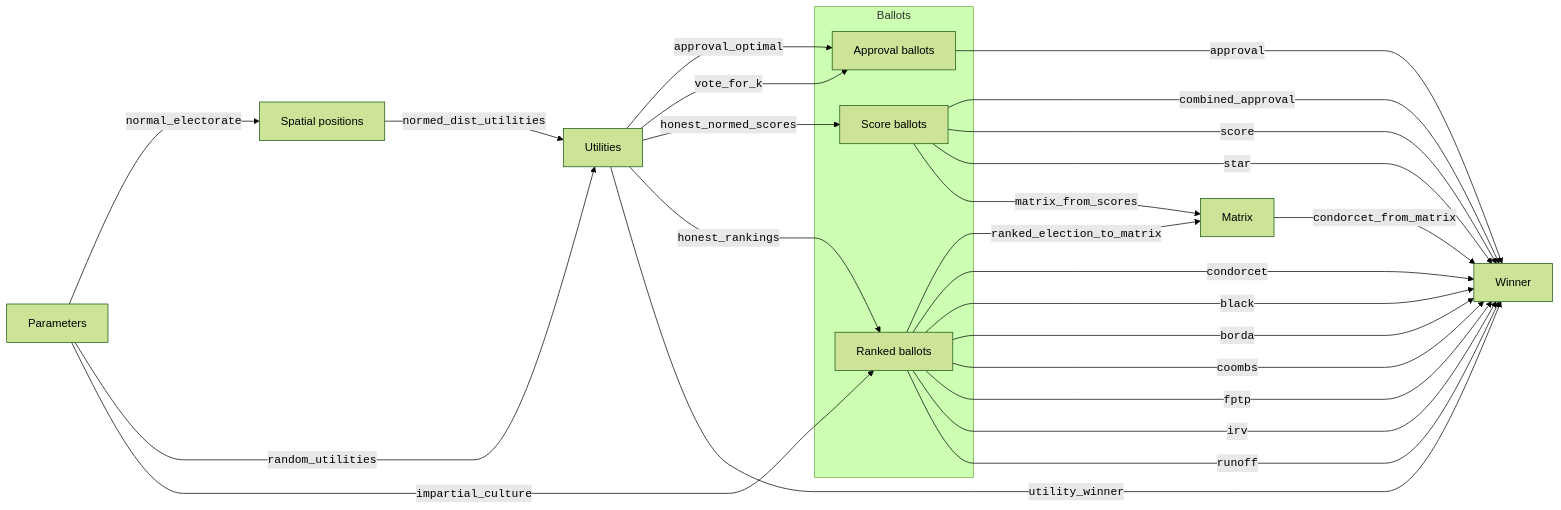
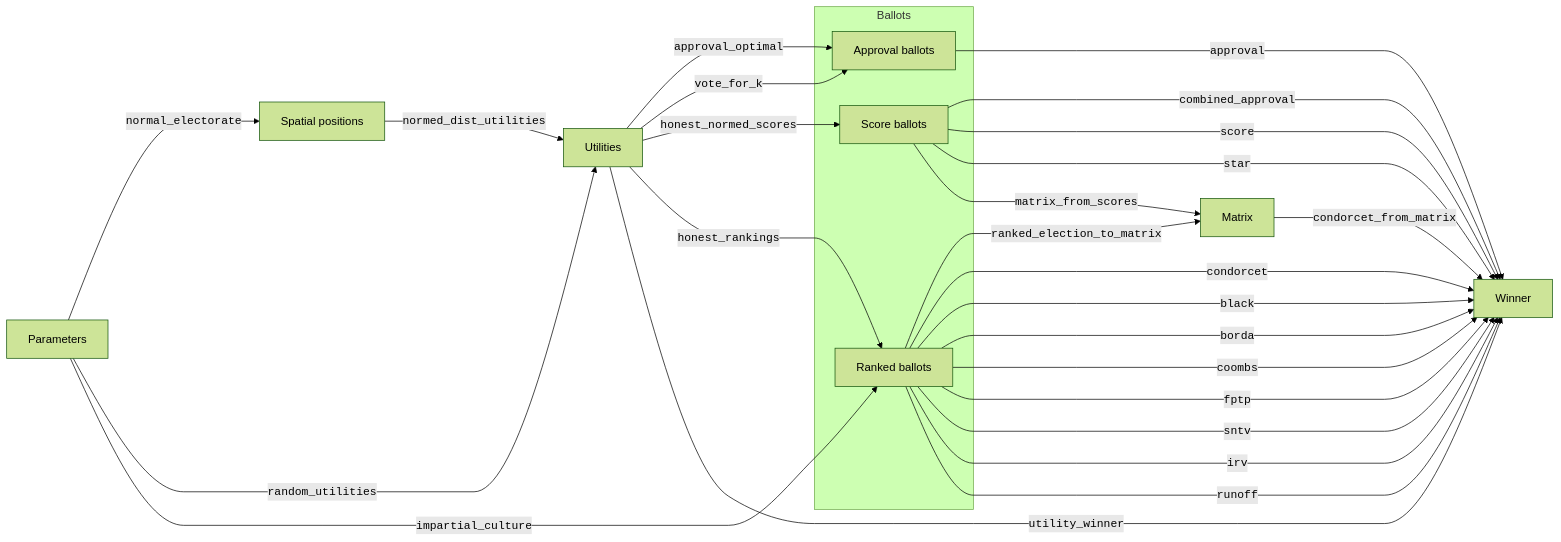
One commit to endolith/elsim changed the second of 2 diagrams in README.md. Above: the diagram before and after it, drawn with Mermaid (forest theme). The commit also changed 4 other files, not shown here.

````diff
--- a/README.md
+++ b/README.md
@@ -85,58 +85,59 @@
 ```mermaid
 %%{ init: { 'flowchart': { 'curve': 'monotoneX' } } }%%
 flowchart LR
     %% elections.py
     Parameters -- <code>normal_electorate</code> --> Positions[Spatial positions]
     Positions -- <code>normed_dist_utilities</code> --> Utilities
     Parameters -- <code>random_utilities</code> --> Utilities
     Parameters -- <code>impartial_culture</code> --> ranked_ballots
 
     %% strategies.py
     Utilities -- <code>approval_optimal</code> --> approval_ballots
     Utilities -- <code>vote_for_k</code> --> approval_ballots
     Utilities -- <code>honest_normed_scores</code> --> score_ballots
 	Utilities -- <code>honest_rankings</code> --> ranked_ballots
 
 	subgraph Ballots
 		approval_ballots[Approval ballots]
 		score_ballots[Score ballots]
 		ranked_ballots[Ranked ballots]
 	end
 
     %% approval.py
     approval_ballots -- <code>approval</code> --> Winner
     score_ballots -- <code>combined_approval</code> --> Winner
 
     %% condorcet.py (moved out of order so it renders with fewer line collisions)
     ranked_ballots -- <code>ranked_election_to_matrix</code> --> Matrix
     Matrix -- <code>condorcet_from_matrix</code> --> Winner
     ranked_ballots -- <code>condorcet</code> --> Winner
 
     %% black.py
     ranked_ballots -- <code>black</code> --> Winner
 
     %% borda.py
     ranked_ballots -- <code>borda</code> --> Winner
 
     %% coombs.py
     ranked_ballots -- <code>coombs</code> --> Winner
 
     %% fptp.py
     ranked_ballots -- <code>fptp</code> --> Winner
+    ranked_ballots -- <code>sntv</code> --> Winner
 
     %% irv.py
     ranked_ballots -- <code>irv</code> --> Winner
 
     %% runoff.py
     ranked_ballots -- <code>runoff</code> --> Winner
 
     %% score.py
     score_ballots -- <code>score</code> --> Winner
 
     %% star.py
     score_ballots -- <code>star</code> --> Winner
     score_ballots -- <code>matrix_from_scores</code> --> Matrix
 
     %% utility_winner.py
     Utilities -- <code>utility_winner</code> --> Winner
 ```
````
